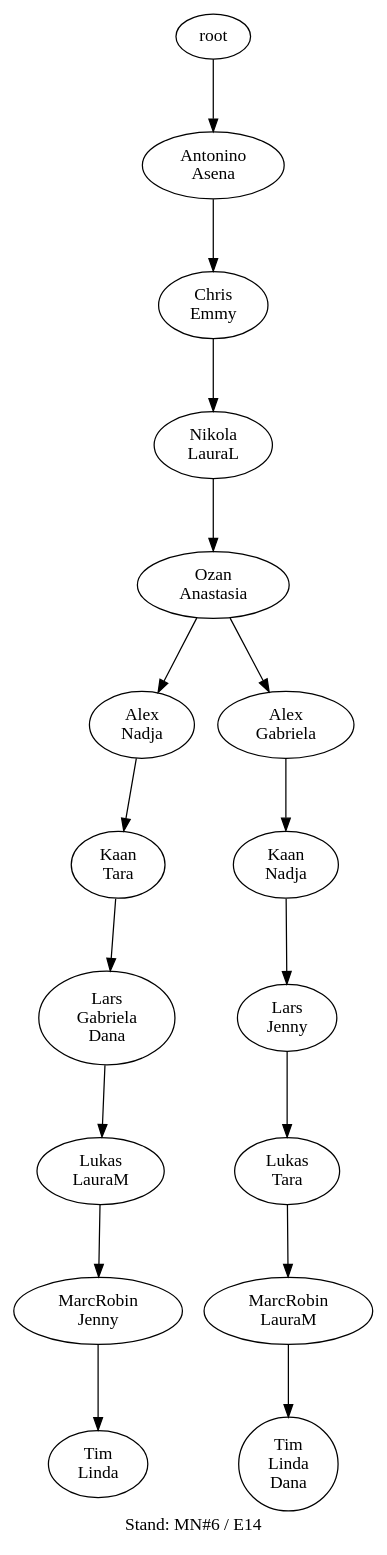
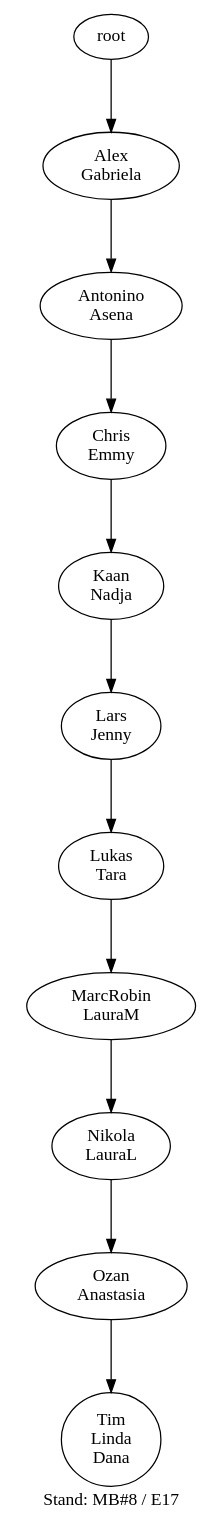
Before and after one commit to atticus-sullivan/sim-ayto: the diagram in data/de04r/de04r.dot, drawn with Graphviz. The commit also changed 87 other files, not shown here.

```diff
--- a/data/de04r/de04r.dot
+++ b/data/de04r/de04r.dot
@@ -1,34 +1,22 @@
-digraph D { labelloc="b"; label="Stand: MN#6 / E14"; ranksep=0.8;
-"root/1"[label="Antonino\nAsena"]
-"root" -> "root/1";
-"root/1/2"[label="Chris\nEmmy"]
-"root/1" -> "root/1/2";
-"root/1/2/5"[label="Nikola\nLauraL"]
-"root/1/2" -> "root/1/2/5";
-"root/1/2/5/0"[label="Ozan\nAnastasia"]
-"root/1/2/5" -> "root/1/2/5/0";
-"root/1/2/5/0/8"[label="Alex\nNadja"]
-"root/1/2/5/0" -> "root/1/2/5/0/8";
-"root/1/2/5/0/8/9"[label="Kaan\nTara"]
-"root/1/2/5/0/8" -> "root/1/2/5/0/8/9";
-"root/1/2/5/0/8/9/3,10"[label="Lars\nGabriela\nDana"]
-"root/1/2/5/0/8/9" -> "root/1/2/5/0/8/9/3,10";
-"root/1/2/5/0/8/9/3,10/6"[label="Lukas\nLauraM"]
-"root/1/2/5/0/8/9/3,10" -> "root/1/2/5/0/8/9/3,10/6";
-"root/1/2/5/0/8/9/3,10/6/4"[label="MarcRobin\nJenny"]
-"root/1/2/5/0/8/9/3,10/6" -> "root/1/2/5/0/8/9/3,10/6/4";
-"root/1/2/5/0/8/9/3,10/6/4/7"[label="Tim\nLinda"]
-"root/1/2/5/0/8/9/3,10/6/4" -> "root/1/2/5/0/8/9/3,10/6/4/7";
-"root/1/2/5/0/3"[label="Alex\nGabriela"]
-"root/1/2/5/0" -> "root/1/2/5/0/3";
-"root/1/2/5/0/3/8"[label="Kaan\nNadja"]
-"root/1/2/5/0/3" -> "root/1/2/5/0/3/8";
-"root/1/2/5/0/3/8/4"[label="Lars\nJenny"]
-"root/1/2/5/0/3/8" -> "root/1/2/5/0/3/8/4";
-"root/1/2/5/0/3/8/4/9"[label="Lukas\nTara"]
-"root/1/2/5/0/3/8/4" -> "root/1/2/5/0/3/8/4/9";
-"root/1/2/5/0/3/8/4/9/6"[label="MarcRobin\nLauraM"]
-"root/1/2/5/0/3/8/4/9" -> "root/1/2/5/0/3/8/4/9/6";
-"root/1/2/5/0/3/8/4/9/6/7,10"[label="Tim\nLinda\nDana"]
-"root/1/2/5/0/3/8/4/9/6" -> "root/1/2/5/0/3/8/4/9/6/7,10";
+digraph D { labelloc="b"; label="Stand: MB#8 / E17"; ranksep=0.8;
+"root/3"[label="Alex\nGabriela"]
+"root" -> "root/3";
+"root/3/1"[label="Antonino\nAsena"]
+"root/3" -> "root/3/1";
+"root/3/1/2"[label="Chris\nEmmy"]
+"root/3/1" -> "root/3/1/2";
+"root/3/1/2/8"[label="Kaan\nNadja"]
+"root/3/1/2" -> "root/3/1/2/8";
+"root/3/1/2/8/4"[label="Lars\nJenny"]
+"root/3/1/2/8" -> "root/3/1/2/8/4";
+"root/3/1/2/8/4/9"[label="Lukas\nTara"]
+"root/3/1/2/8/4" -> "root/3/1/2/8/4/9";
+"root/3/1/2/8/4/9/6"[label="MarcRobin\nLauraM"]
+"root/3/1/2/8/4/9" -> "root/3/1/2/8/4/9/6";
+"root/3/1/2/8/4/9/6/5"[label="Nikola\nLauraL"]
+"root/3/1/2/8/4/9/6" -> "root/3/1/2/8/4/9/6/5";
+"root/3/1/2/8/4/9/6/5/0"[label="Ozan\nAnastasia"]
+"root/3/1/2/8/4/9/6/5" -> "root/3/1/2/8/4/9/6/5/0";
+"root/3/1/2/8/4/9/6/5/0/7,10"[label="Tim\nLinda\nDana"]
+"root/3/1/2/8/4/9/6/5/0" -> "root/3/1/2/8/4/9/6/5/0/7,10";
 }
```
